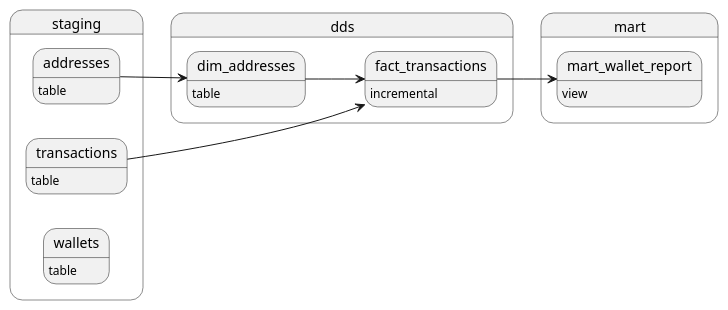
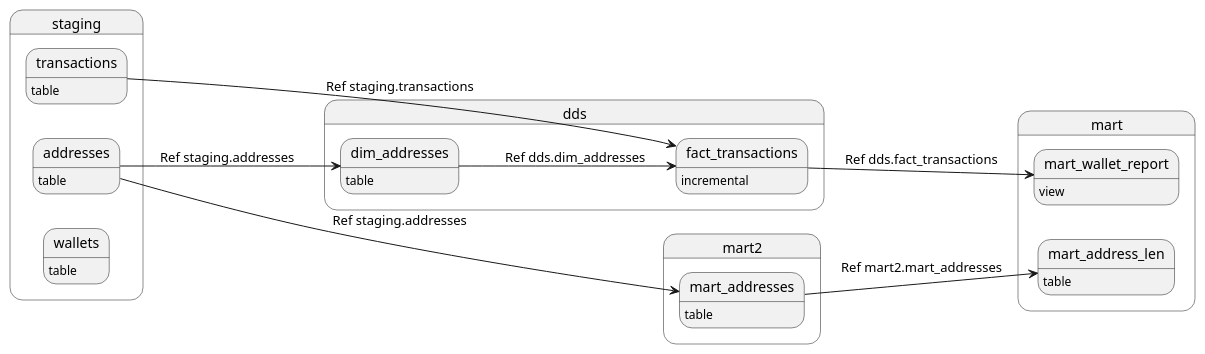
One commit to go-teal/demo changed the diagram in docs/graph.wsd. Above: the diagram before and after it, drawn with PlantUML. The commit also changed 22 other files, not shown here.

```diff
--- a/docs/graph.wsd
+++ b/docs/graph.wsd
@@ -2,21 +2,27 @@
 @startuml demo
 left to right direction
 state staging {
-            state staging.addresses: table
-            state staging.transactions: table
-            state staging.wallets: table
+    state staging.addresses: table
+    state staging.transactions: table
+    state staging.wallets: table
 }
 state dds {
-            state dds.dim_addresses: table
-            state dds.fact_transactions: incremental
+    state dds.dim_addresses: table
+    state dds.fact_transactions: incremental
 }
 state mart {
-            state mart.mart_wallet_report: view
+    state mart.mart_address_len: table
+    state mart.mart_wallet_report: view
 }
-staging.addresses-->dds.dim_addresses
-staging.transactions-->dds.fact_transactions
-dds.dim_addresses-->dds.fact_transactions
-dds.fact_transactions-->mart.mart_wallet_report
+state mart2 {
+    state mart2.mart_addresses: table
+}
+staging.addresses-->dds.dim_addresses: Ref staging.addresses
+staging.addresses-->mart2.mart_addresses: Ref staging.addresses
+staging.transactions-->dds.fact_transactions: Ref staging.transactions
+dds.dim_addresses-->dds.fact_transactions: Ref dds.dim_addresses
+dds.fact_transactions-->mart.mart_wallet_report: Ref dds.fact_transactions
+mart2.mart_addresses-->mart.mart_address_len: Ref mart2.mart_addresses
 
 
 @enduml
```
